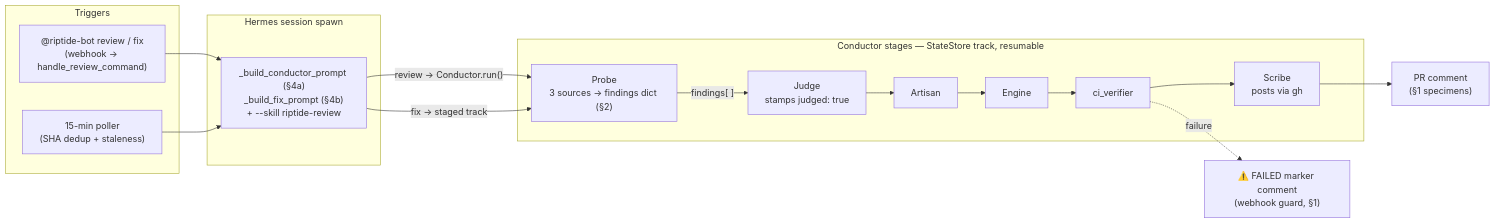
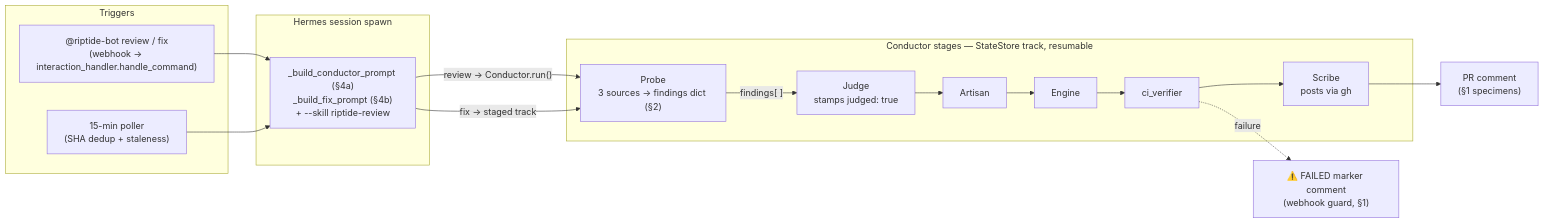
One commit to ChonSong/riptide changed the diagram in docs/DATA-AND-PROMPTS.md. Above: the diagram before and after it, drawn with Mermaid. The commit also changed other lines of this file, not shown here.

First line of the commit message:
docs(DATA-AND-PROMPTS): fix 5 review findings from comment 6030601481 on #231

````diff
--- a/docs/DATA-AND-PROMPTS.md
+++ b/docs/DATA-AND-PROMPTS.md
@@ -15,25 +15,25 @@
 ```mermaid
 flowchart LR
     subgraph triggers [Triggers]
-        CMD["@riptide-bot review / fix<br/>(webhook → handle_review_command)"]
+        CMD["@riptide-bot review / fix<br/>(webhook → interaction_handler.handle_command)"]
         POLL["15-min poller<br/>(SHA dedup + staleness)"]
     end
     subgraph spawn [Hermes session spawn]
         P["_build_conductor_prompt (§4a)<br/>_build_fix_prompt (§4b)<br/>+ --skill riptide-review"]
     end
     subgraph pipeline [Conductor stages — StateStore track, resumable]
         PROBE["Probe<br/>3 sources → findings dict (§2)"]
         JUDGE["Judge<br/>stamps judged: true"]
         ART["Artisan"]
         ENG["Engine"]
         CIV["ci_verifier"]
         SCR["Scribe<br/>posts via gh"]
     end
     CMD --> P
     POLL --> P
     P -->|"review → Conductor.run()"| PROBE
     P -->|"fix → staged track"| PROBE
     PROBE -->|"findings[ ]"| JUDGE --> ART --> ENG --> CIV --> SCR
     SCR --> PR["PR comment<br/>(§1 specimens)"]
     CIV -.->|"failure"| FR["⚠️ FAILED marker comment<br/>(webhook guard, §1)"]
 ```
````
